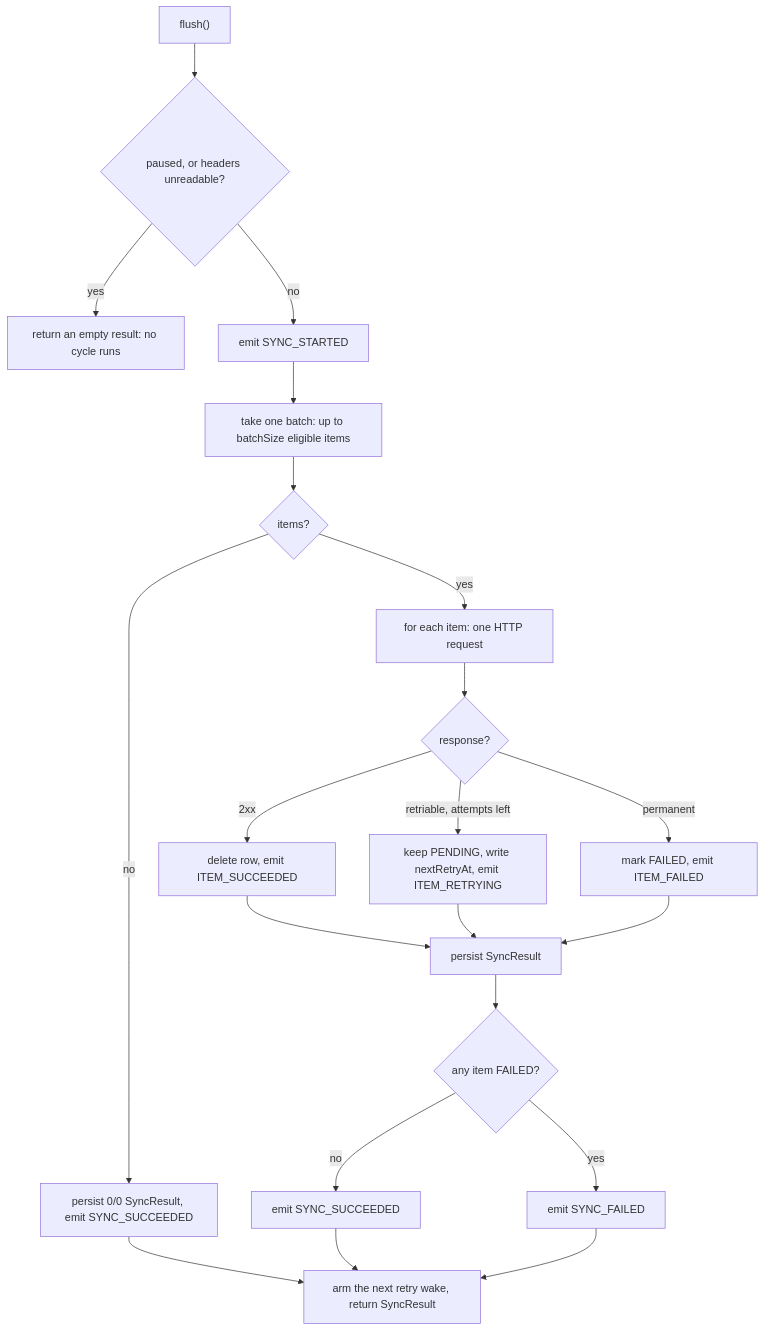
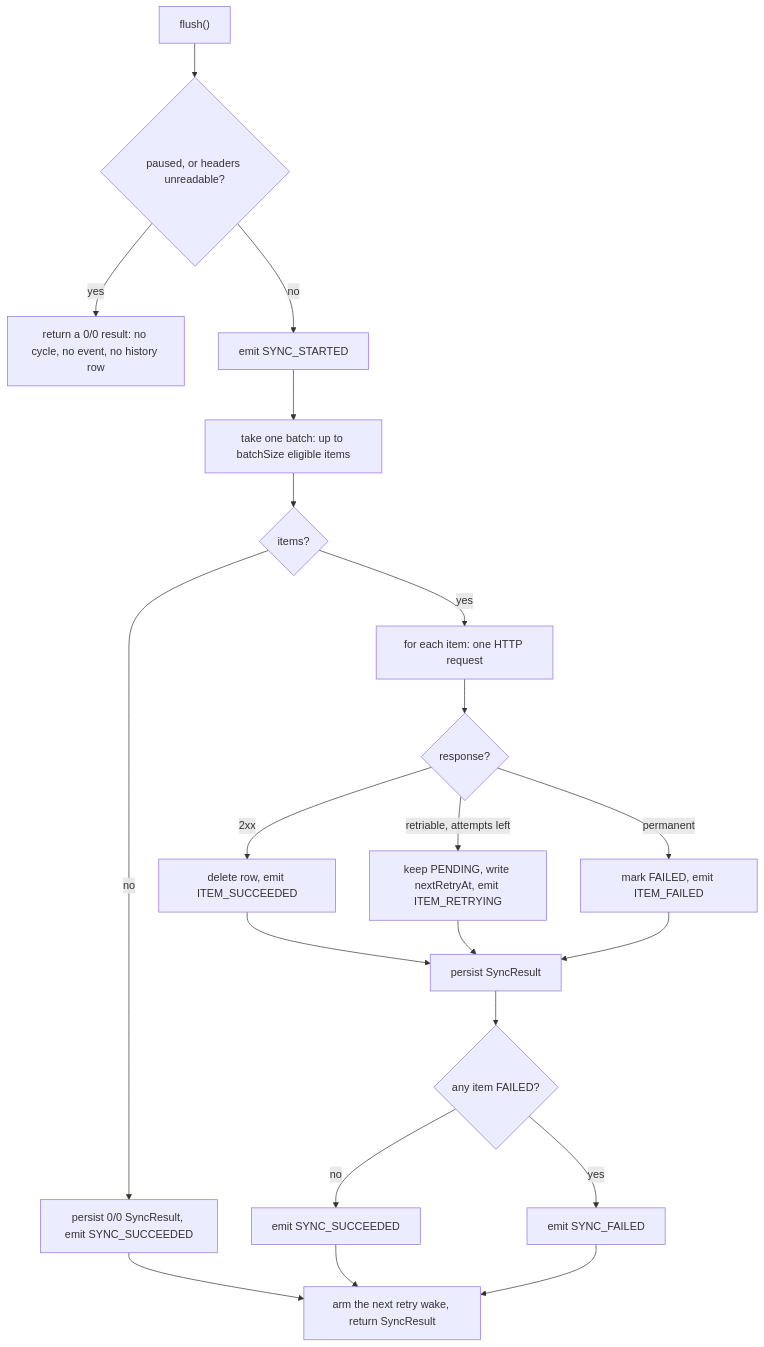
Before and after one commit to gabriel-sisjr/react-native-sync-provider: the third of 6 diagrams in website/docs/architecture/data-flow.md, drawn with Mermaid. The commit also changed 15 other files, not shown here.

````diff
--- a/website/docs/architecture/data-flow.md
+++ b/website/docs/architecture/data-flow.md
@@ -80,23 +80,23 @@
 ```mermaid
 flowchart TD
     A["flush()"] --> B{paused, or headers unreadable?}
-    B -- yes --> Z[return an empty result: no cycle runs]
+    B -- yes --> Z[return a 0/0 result: no cycle, no event, no history row]
     B -- no --> C[emit SYNC_STARTED]
     C --> D[take one batch: up to batchSize eligible items]
     D --> E{items?}
     E -- no --> F[persist 0/0 SyncResult, emit SYNC_SUCCEEDED]
     E -- yes --> G[for each item: one HTTP request]
     G --> H{response?}
     H -- 2xx --> I[delete row, emit ITEM_SUCCEEDED]
     H -- retriable, attempts left --> J[keep PENDING, write nextRetryAt, emit ITEM_RETRYING]
     H -- permanent --> K[mark FAILED, emit ITEM_FAILED]
     I --> L[persist SyncResult]
     J --> L
     K --> L
     L --> M{any item FAILED?}
     M -- no --> N[emit SYNC_SUCCEEDED]
     M -- yes --> O[emit SYNC_FAILED]
     F --> P[arm the next retry wake, return SyncResult]
     N --> P
     O --> P
 ```
````
